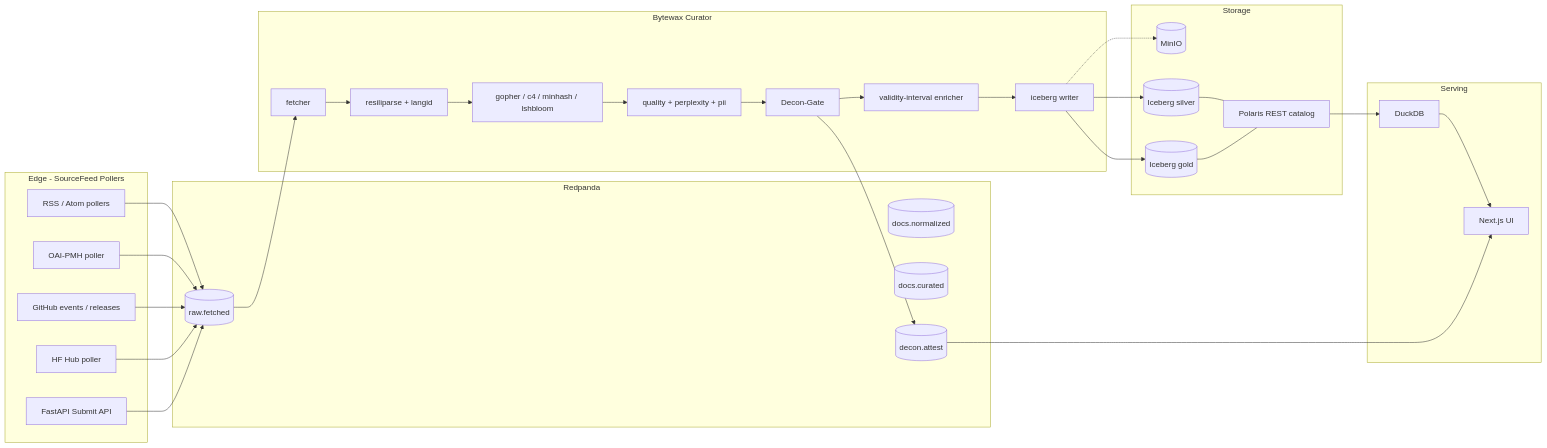
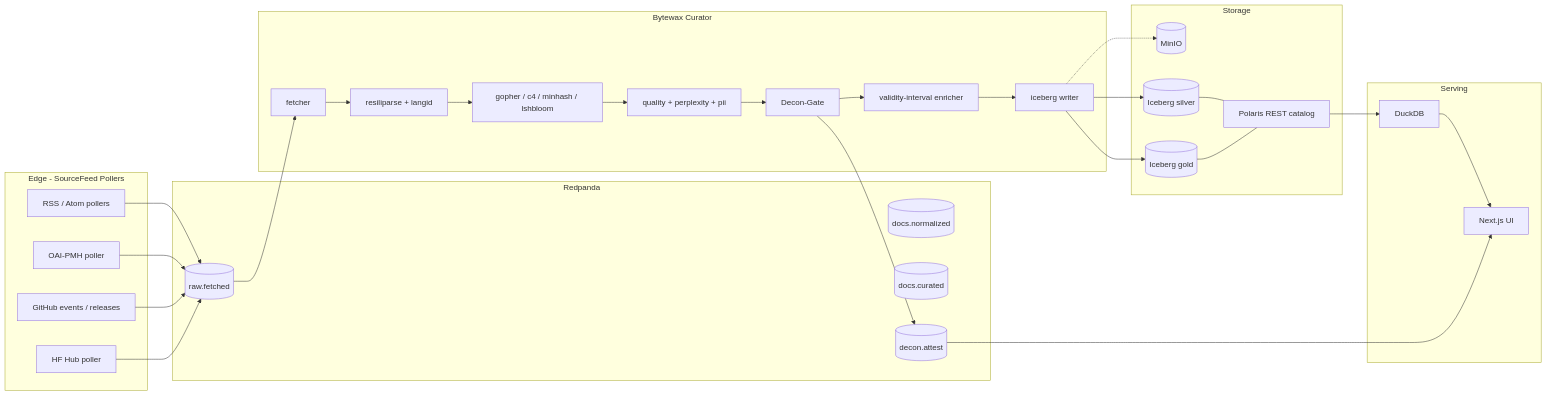
The diagram in docs/architecture.md (0Chris5R/Stream2Pretrain), drawn with Mermaid before and after one commit. The commit also changed other lines of this file and 101 other files, not shown here.

First line of the commit message:
v0.2.0: drop submit_api, add fulltext + code ingest, seed-corpus loader

````diff
--- a/docs/architecture.md
+++ b/docs/architecture.md
@@ -129,54 +128,52 @@
 ```mermaid
 flowchart LR
   subgraph edge[Edge - SourceFeed Pollers]
     rss[RSS / Atom pollers]
     oai[OAI-PMH poller]
     gh[GitHub events / releases]
     hf[HF Hub poller]
-    sub[FastAPI Submit API]
   end
 
   subgraph bus[Redpanda]
     raw[(raw.fetched)]
     norm[(docs.normalized)]
     cur[(docs.curated)]
     att[(decon.attest)]
   end
 
   subgraph engine[Bytewax Curator]
     fetch[fetcher]
     extract[resiliparse + langid]
     tags[gopher / c4 / minhash / lshbloom]
     score[quality + perplexity + pii]
     decon[Decon-Gate]
     valid[validity-interval enricher]
     iceberg[iceberg writer]
   end
 
   subgraph store[Storage]
     minio[(MinIO)]
     silver[(Iceberg silver)]
     gold[(Iceberg gold)]
     polaris[Polaris REST catalog]
   end
 
   subgraph serve[Serving]
     duckdb[DuckDB]
     ui[Next.js UI]
   end
 
   rss --> raw
   oai --> raw
   gh --> raw
   hf --> raw
-  sub --> raw
   raw --> fetch --> extract --> tags --> score --> decon --> valid --> iceberg
   decon --> att
   iceberg --> silver
   iceberg --> gold
   iceberg -.-> minio
   silver --- polaris
   gold --- polaris
   polaris --> duckdb --> ui
   att --> ui
 ```
````
